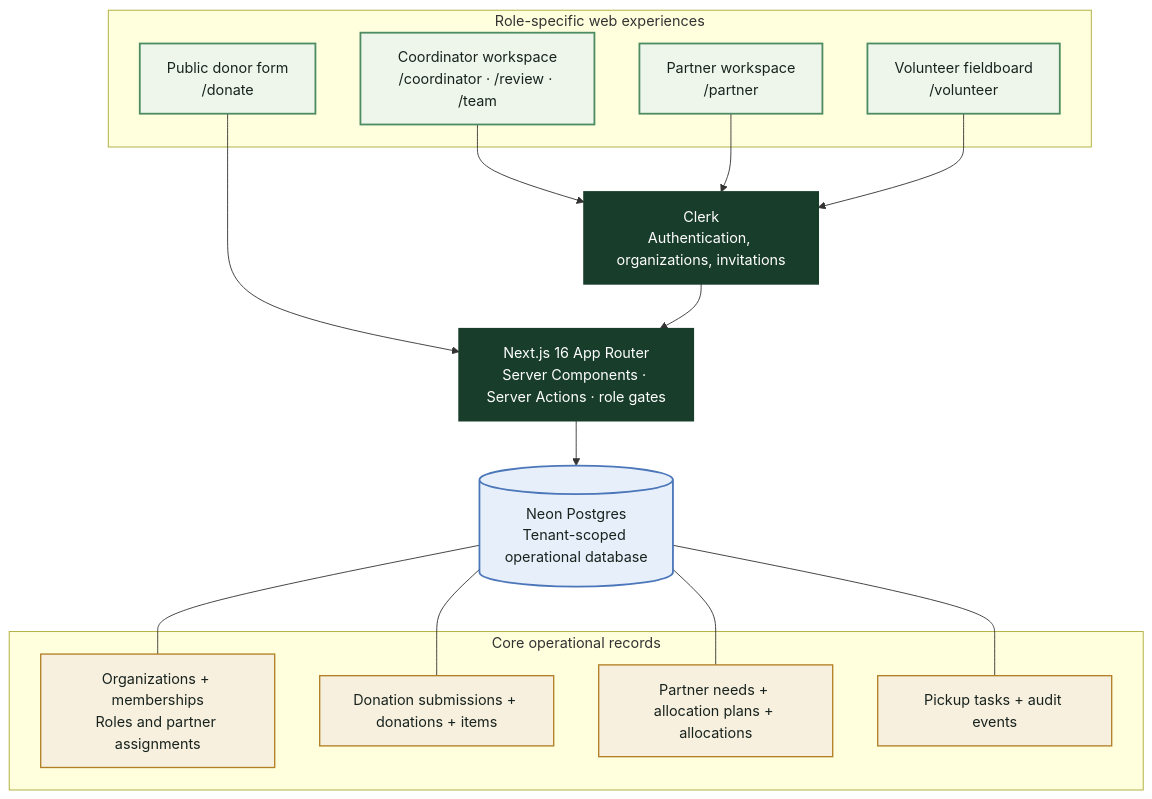
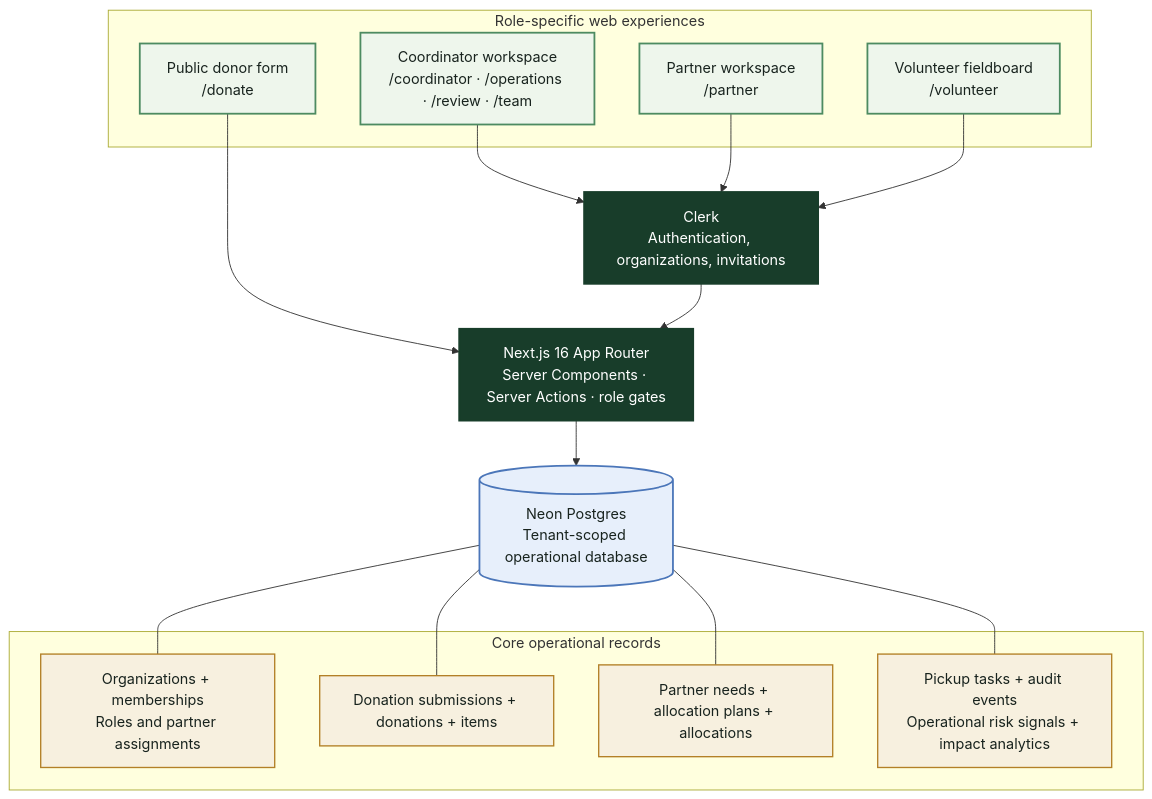
One commit to kowais915/lastmile changed the second of 2 diagrams in README.md. Above: the diagram before and after it, drawn with Mermaid. The commit also changed other lines of this file and 7 other files, not shown here.

````diff
--- a/README.md
+++ b/README.md
@@ -81,41 +82,41 @@
 ```mermaid
 flowchart TB
   subgraph clients["Role-specific web experiences"]
     public["Public donor form<br/>/donate"]
-    coordinatorUI["Coordinator workspace<br/>/coordinator · /review · /team"]
+    coordinatorUI["Coordinator workspace<br/>/coordinator · /operations · /review · /team"]
     partnerUI["Partner workspace<br/>/partner"]
     volunteerUI["Volunteer fieldboard<br/>/volunteer"]
   end
 
   clerk["Clerk<br/>Authentication, organizations, invitations"]
   next["Next.js 16 App Router<br/>Server Components · Server Actions · role gates"]
   neon[("Neon Postgres<br/>Tenant-scoped operational database")]
 
   public --> next
   coordinatorUI --> clerk
   partnerUI --> clerk
   volunteerUI --> clerk
   clerk --> next
   next --> neon
 
   subgraph data["Core operational records"]
     workspaces["Organizations + memberships<br/>Roles and partner assignments"]
     supply["Donation submissions + donations + items"]
     allocation["Partner needs + allocation plans + allocations"]
-    handoffs["Pickup tasks + audit events"]
+    handoffs["Pickup tasks + audit events<br/>Operational risk signals + impact analytics"]
   end
 
   neon --- workspaces
   neon --- supply
   neon --- allocation
   neon --- handoffs
 
   classDef surface fill:#eef6ec,stroke:#4d8b61,color:#18231e,stroke-width:2px;
   classDef service fill:#183d2a,stroke:#183d2a,color:#ffffff,stroke-width:2px;
   classDef store fill:#e7effb,stroke:#4b76b9,color:#18231e,stroke-width:2px;
   classDef record fill:#f7f0df,stroke:#b38027,color:#18231e,stroke-width:1.5px;
   class public,coordinatorUI,partnerUI,volunteerUI surface;
   class clerk,next service;
   class neon store;
   class workspaces,supply,allocation,handoffs record;
 ```
````
